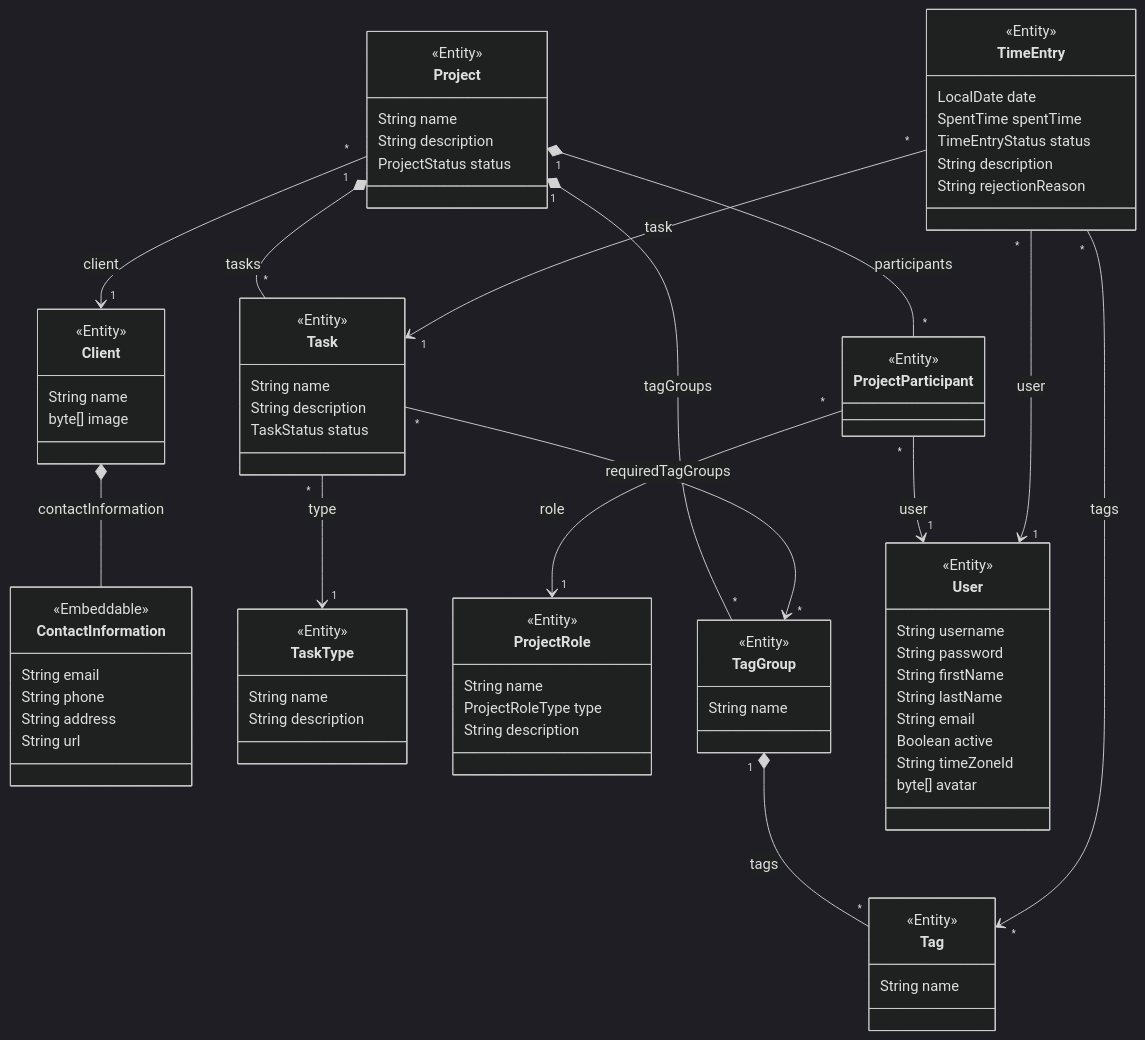
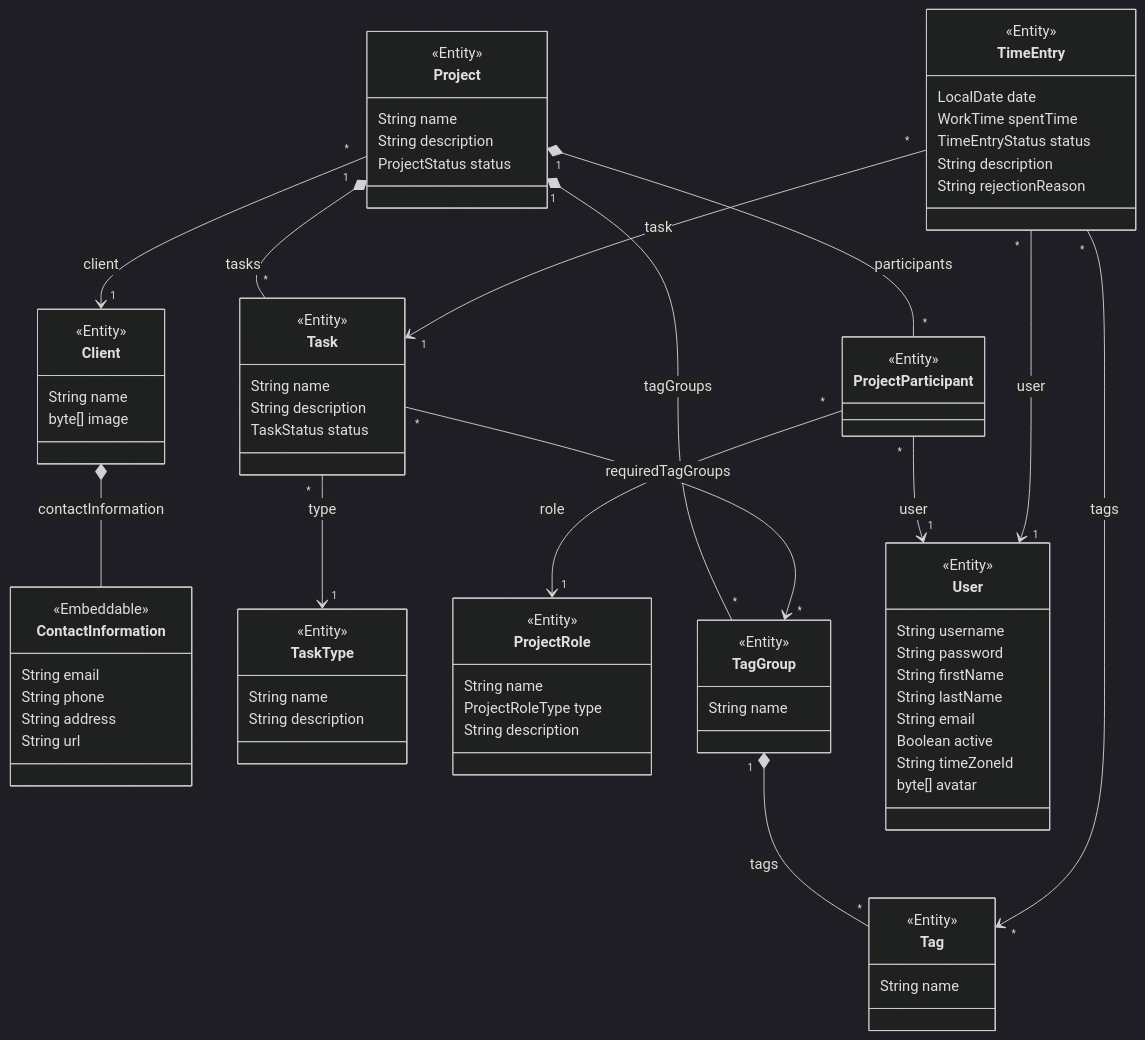
The diagram in docs/specs/data-model/README.md (glebfox/timesheets), drawn with Mermaid (dark theme) before and after one commit. The commit also changed other lines of this file and 21 other files, not shown here.

Commit message:
refactor: rename SpentTime to WorkTime (#27)

```diff
--- a/docs/specs/data-model/README.md
+++ b/docs/specs/data-model/README.md
@@ -57,7 +57,7 @@
     class TimeEntry {
         <<Entity>>
         LocalDate date
-        SpentTime spentTime
+        WorkTime spentTime
         TimeEntryStatus status
         String description
         String rejectionReason
```
